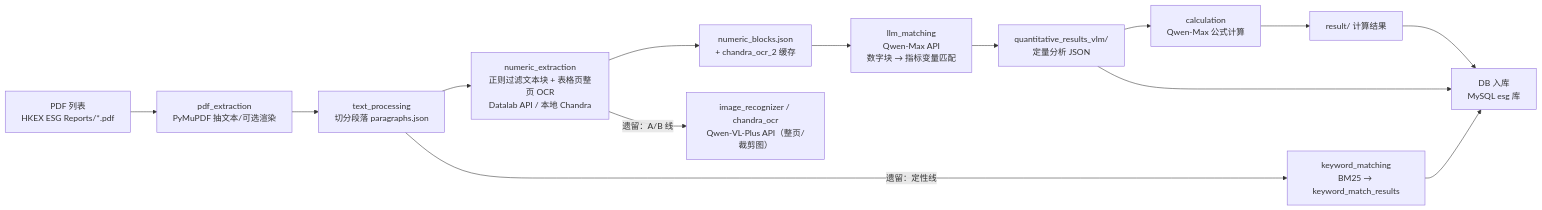
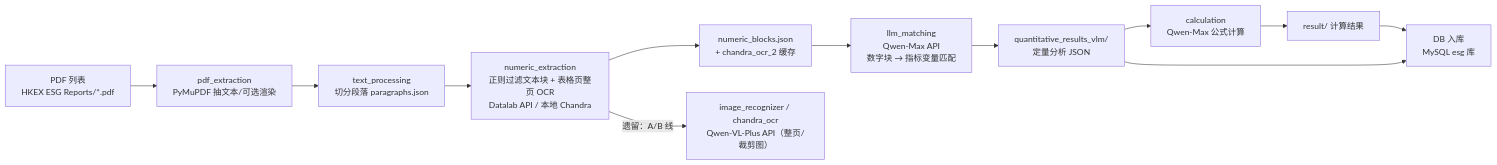
The diagram in memory_docs/ESG_Pipeline_Full_Workflow.md (Evelyn-atg/esg-sync), drawn with Mermaid before and after one commit. The commit also changed other lines of this file, not shown here.

Commit message:
docs: remove qualitative line (keyword_matcher/BM25) - not maintained by user

````diff
--- a/memory_docs/ESG_Pipeline_Full_Workflow.md
+++ b/memory_docs/ESG_Pipeline_Full_Workflow.md
@@ -12,16 +12,14 @@
 ```mermaid
 flowchart LR
     A["PDF 列表<br/>HKEX ESG Reports/*.pdf"] --> B["pdf_extraction<br/>PyMuPDF 抽文本/可选渲染"]
     B --> C["text_processing<br/>切分段落 paragraphs.json"]
     C --> D["numeric_extraction<br/>正则过滤文本块 + 表格页整页 OCR<br/>Datalab API / 本地 Chandra"]
     D --> E["numeric_blocks.json<br/>+ chandra_ocr_2 缓存"]
     E --> F["llm_matching<br/>Qwen-Max API<br/>数字块 → 指标变量匹配"]
     F --> G["quantitative_results_vlm/<br/>定量分析 JSON"]
     G --> H["calculation<br/>Qwen-Max 公式计算"]
     H --> I["result/ 计算结果"]
-    C -->|"遗留：定性线"| J["keyword_matching<br/>BM25 → keyword_match_results"]
     D -->|"遗留：A/B 线"| K["image_recognizer / chandra_ocr<br/>Qwen-VL-Plus API（整页/裁剪图）"]
     I --> L["DB 入库<br/>MySQL esg 库"]
     G --> L
-    J --> L
 ```
````
